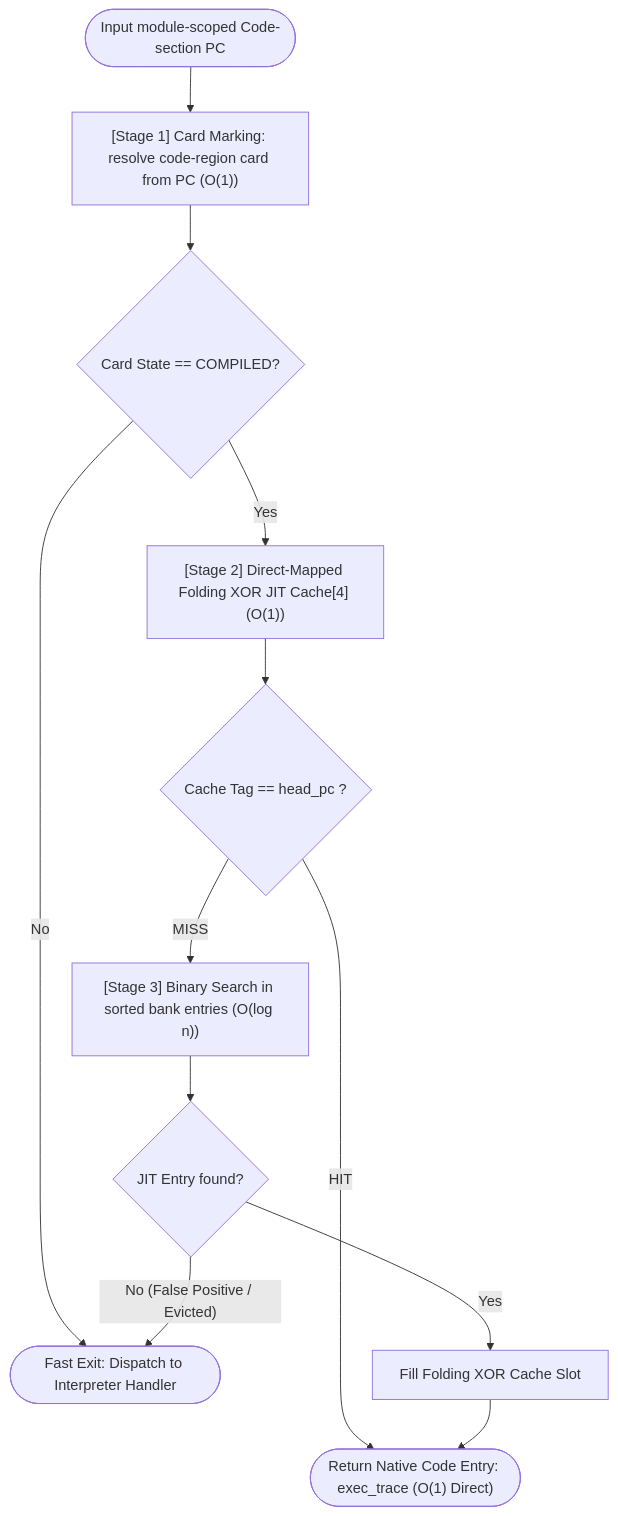
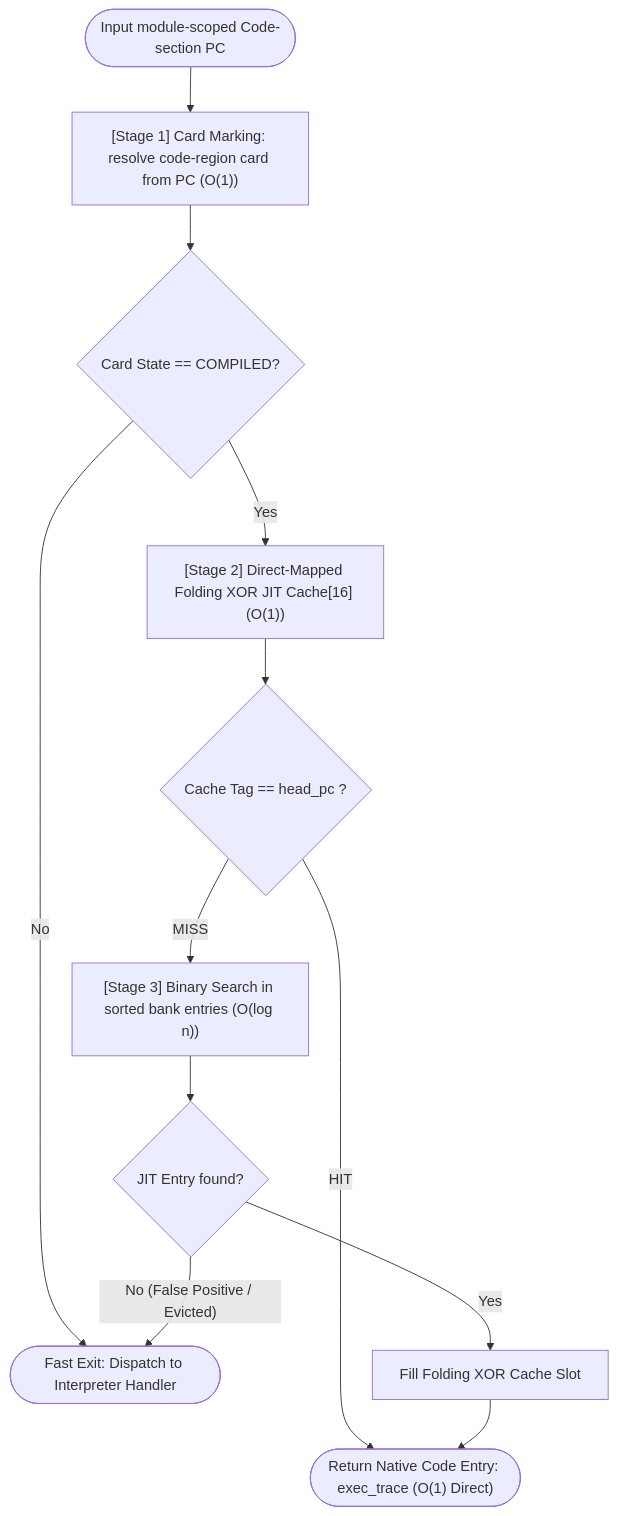
One commit to kmt-t/fireball changed the third of 6 diagrams in docs/components/tier3_plugins/jit_runtime.md. Above: the diagram before and after it, drawn with Mermaid. The commit also changed other lines of this file and 94 other files, not shown here.

````diff
--- a/docs/components/tier3_plugins/jit_runtime.md
+++ b/docs/components/tier3_plugins/jit_runtime.md
@@ -241,17 +242,17 @@
 ```mermaid
 flowchart TD
     Start(["Input module-scoped Code-section PC"]) --> Stage1["[Stage 1] Card Marking: resolve code-region card from PC (O(1))"]
     Stage1 --> CheckCompiled{"Card State == COMPILED?"}
 
     CheckCompiled -- "No" --> ExitInterp(["Fast Exit: Dispatch to Interpreter Handler"])
-    CheckCompiled -- "Yes" --> StageFast["[Stage 2] Direct-Mapped Folding XOR JIT Cache[4] (O(1))"]
+    CheckCompiled -- "Yes" --> StageFast["[Stage 2] Direct-Mapped Folding XOR JIT Cache[16] (O(1))"]
 
     StageFast --> FastHit{"Cache Tag == head_pc ?"}
     FastHit -- "HIT" --> ReturnTrace(["Return Native Code Entry: exec_trace (O(1) Direct)"])
 
     FastHit -- "MISS" --> StageBinary["[Stage 3] Binary Search in sorted bank entries (O(log n))"]
 
     StageBinary --> Hit{"JIT Entry found?"}
     Hit -- "Yes" --> FillSlot["Fill Folding XOR Cache Slot"] --> ReturnTrace
     Hit -- "No (False Positive / Evicted)" --> ExitInterp
 ```
````
